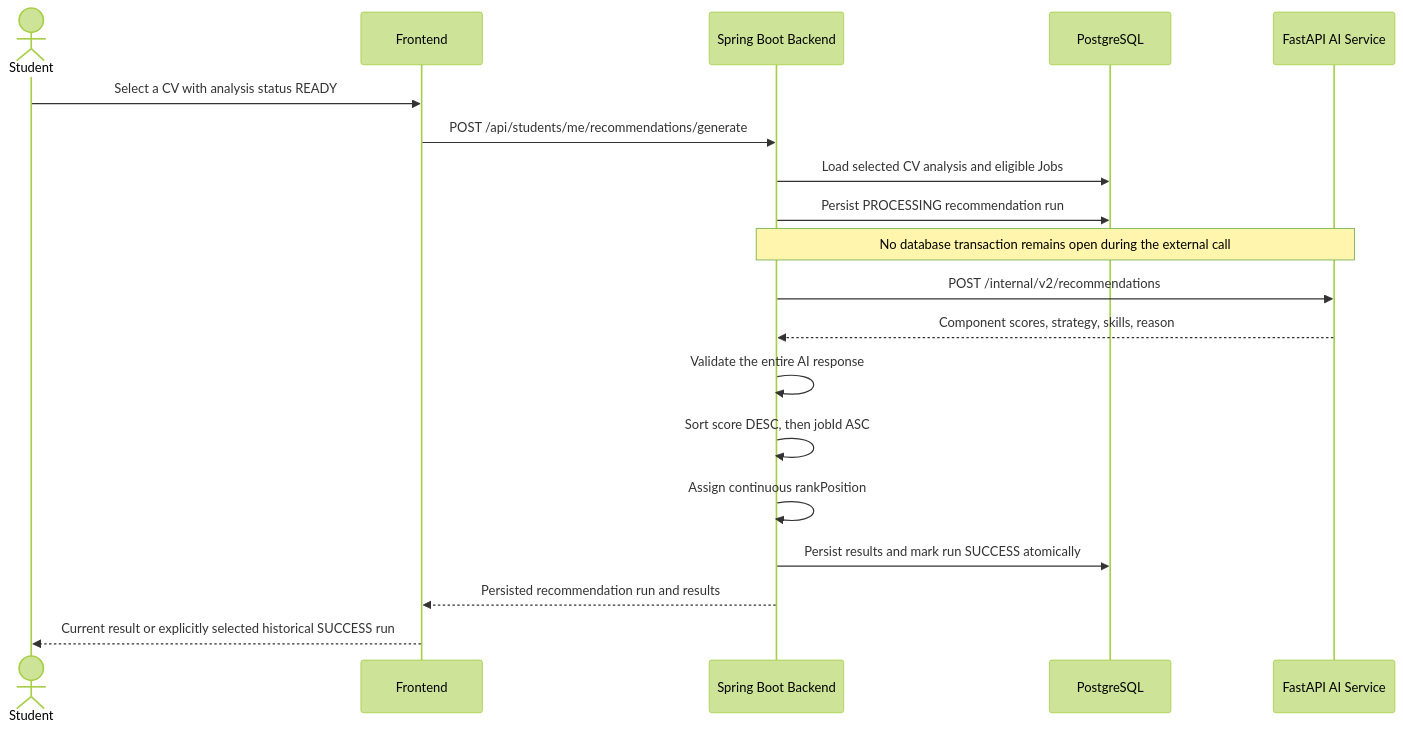
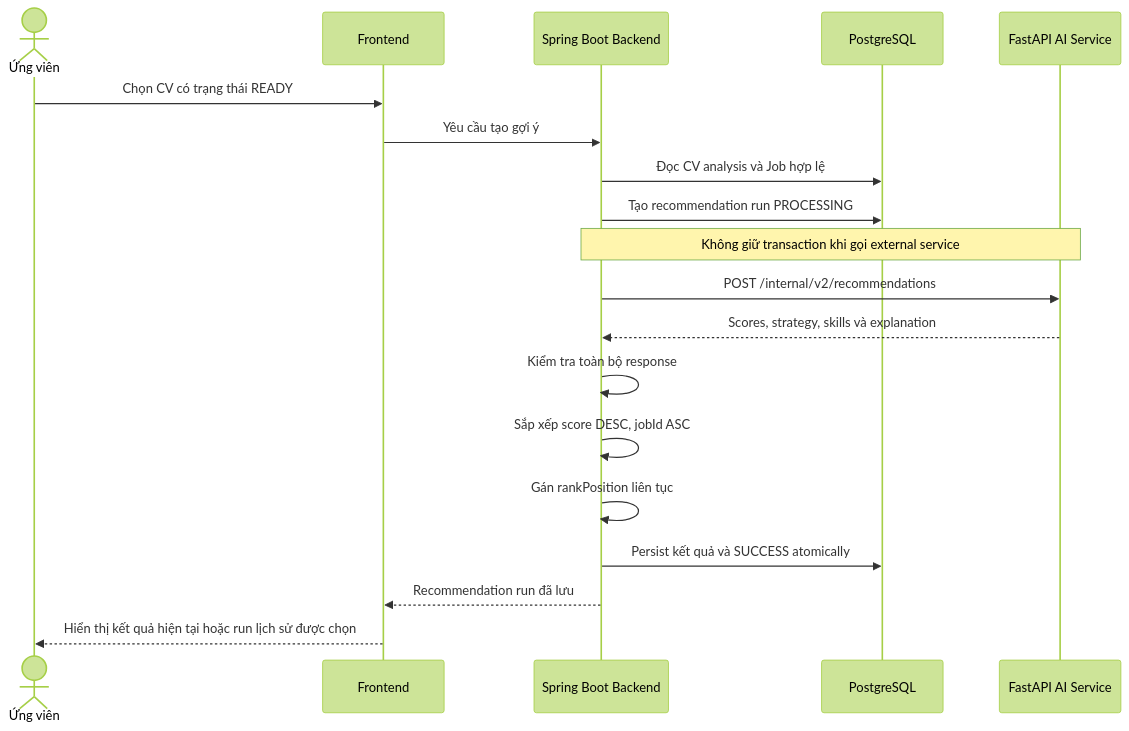
One commit to binkadev/student-job-recommendation-system changed the second of 2 diagrams in README.md. Above: the diagram before and after it, drawn with Mermaid (forest theme). The commit also changed other lines of this file, not shown here.

````diff
--- a/README.md
+++ b/README.md
@@ -145,22 +158,22 @@
 ```mermaid
 sequenceDiagram
-    actor Student
-    participant Frontend
-    participant Backend as Spring Boot Backend
-    participant Database as PostgreSQL
+    actor SV as Ứng viên
+    participant FE as Frontend
+    participant BE as Spring Boot Backend
+    participant DB as PostgreSQL
     participant AI as FastAPI AI Service
 
-    Student->>Frontend: Select a CV with analysis status READY
-    Frontend->>Backend: POST /api/students/me/recommendations/generate
-    Backend->>Database: Load selected CV analysis and eligible Jobs
-    Backend->>Database: Persist PROCESSING recommendation run
-    Note over Backend,AI: No database transaction remains open during the external call
-    Backend->>AI: POST /internal/v2/recommendations
-    AI-->>Backend: Component scores, strategy, skills, reason
-    Backend->>Backend: Validate the entire AI response
-    Backend->>Backend: Sort score DESC, then jobId ASC
-    Backend->>Backend: Assign continuous rankPosition
-    Backend->>Database: Persist results and mark run SUCCESS atomically
-    Backend-->>Frontend: Persisted recommendation run and results
-    Frontend-->>Student: Current result or explicitly selected historical SUCCESS run
+    SV->>FE: Chọn CV có trạng thái READY
+    FE->>BE: Yêu cầu tạo gợi ý
+    BE->>DB: Đọc CV analysis và Job hợp lệ
+    BE->>DB: Tạo recommendation run PROCESSING
+    Note over BE,AI: Không giữ transaction khi gọi external service
+    BE->>AI: POST /internal/v2/recommendations
+    AI-->>BE: Scores, strategy, skills và explanation
+    BE->>BE: Kiểm tra toàn bộ response
+    BE->>BE: Sắp xếp score DESC, jobId ASC
+    BE->>BE: Gán rankPosition liên tục
+    BE->>DB: Persist kết quả và SUCCESS atomically
+    BE-->>FE: Recommendation run đã lưu
+    FE-->>SV: Hiển thị kết quả hiện tại hoặc run lịch sử được chọn
 ```
````
